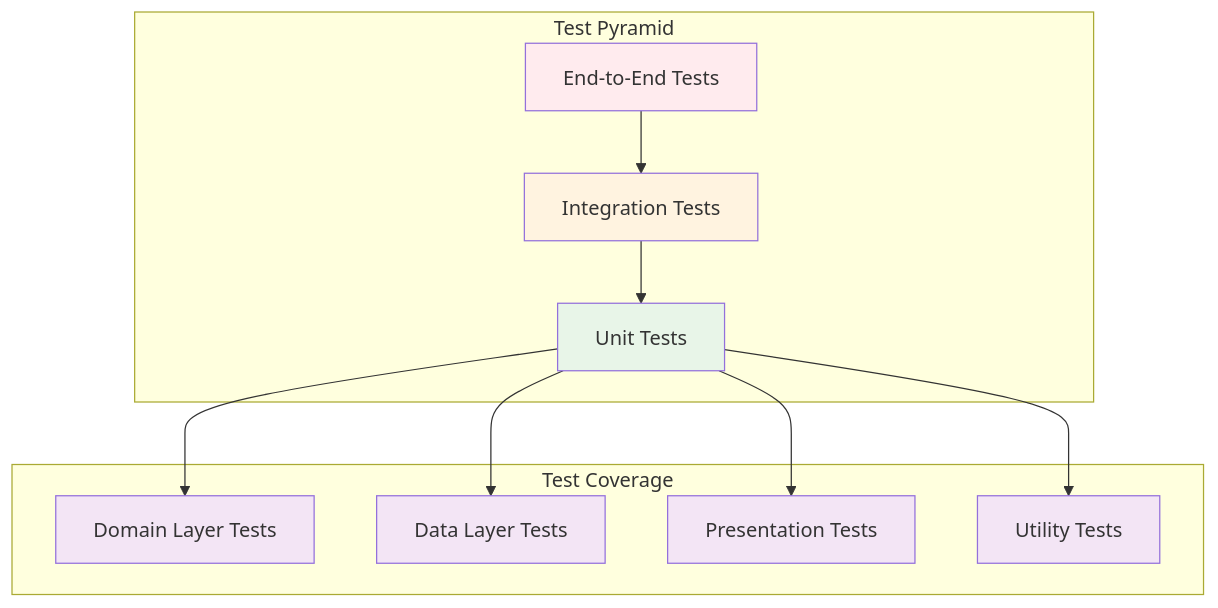
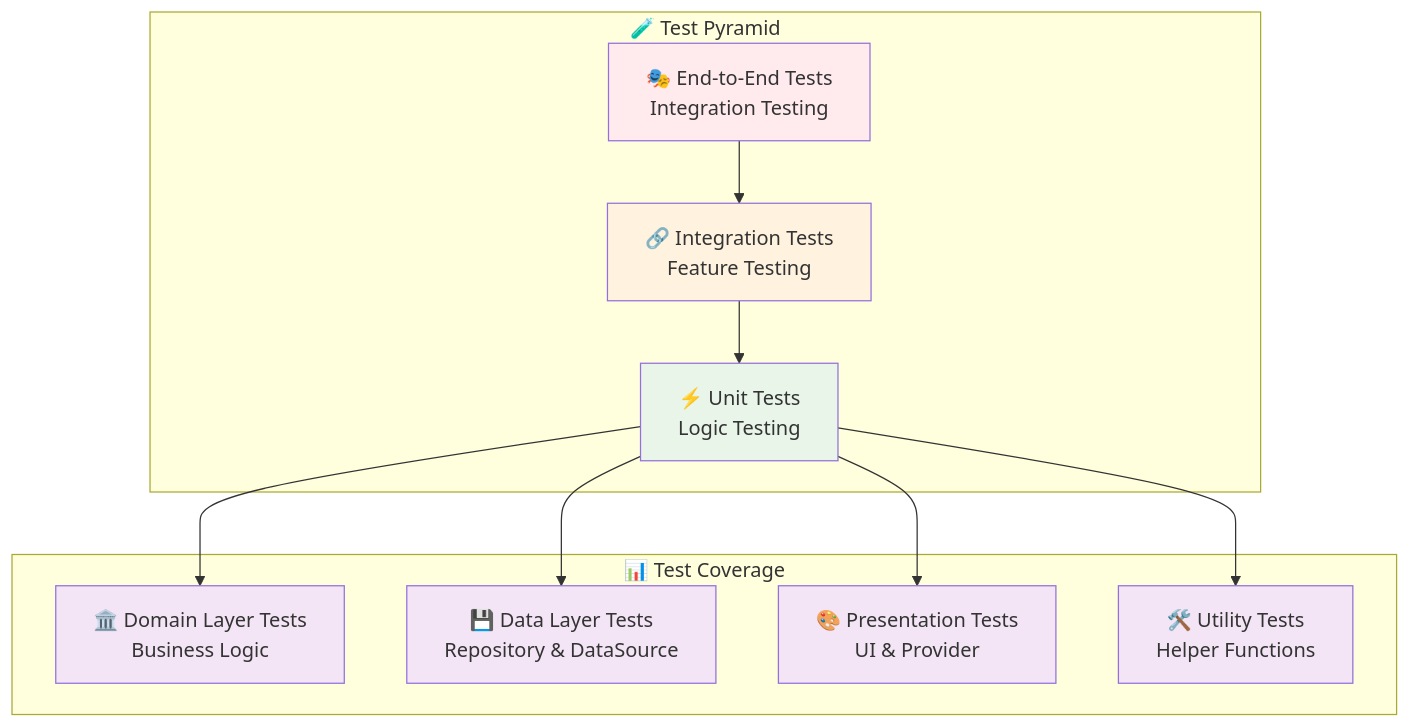
Before and after one commit to sagarkhakhar/ExpenseTracker: the seventh of 8 diagrams in README.md, drawn with Mermaid. The commit also changed other lines of this file, not shown here.

````diff
--- a/README.md
+++ b/README.md
@@ -365,31 +616,31 @@
 ```mermaid
 graph TB
-    subgraph "Test Pyramid"
-        E2E[End-to-End Tests]
-        Integration[Integration Tests]
-        Unit[Unit Tests]
+    subgraph "🧪 Test Pyramid"
+        E2E[🎭 End-to-End Tests<br/>Integration Testing]
+        Integration[🔗 Integration Tests<br/>Feature Testing] 
+        Unit[⚡ Unit Tests<br/>Logic Testing]
     end
 
-    subgraph "Test Coverage"
-        Domain[Domain Layer Tests]
-        Data[Data Layer Tests]
-        Presentation[Presentation Tests]
-        Utils[Utility Tests]
+    subgraph "📊 Test Coverage"
+        Domain[🏛️ Domain Layer Tests<br/>Business Logic]
+        Data[💾 Data Layer Tests<br/>Repository & DataSource]
+        Presentation[🎨 Presentation Tests<br/>UI & Provider]
+        Utils[🛠️ Utility Tests<br/>Helper Functions]
     end
 
     E2E --> Integration
     Integration --> Unit
 
     Unit --> Domain
-    Unit --> Data
+    Unit --> Data  
     Unit --> Presentation
     Unit --> Utils
 
     style E2E fill:#ffebee
     style Integration fill:#fff3e0
     style Unit fill:#e8f5e8
     style Domain fill:#f3e5f5
     style Data fill:#f3e5f5
     style Presentation fill:#f3e5f5
     style Utils fill:#f3e5f5
 ```
````
